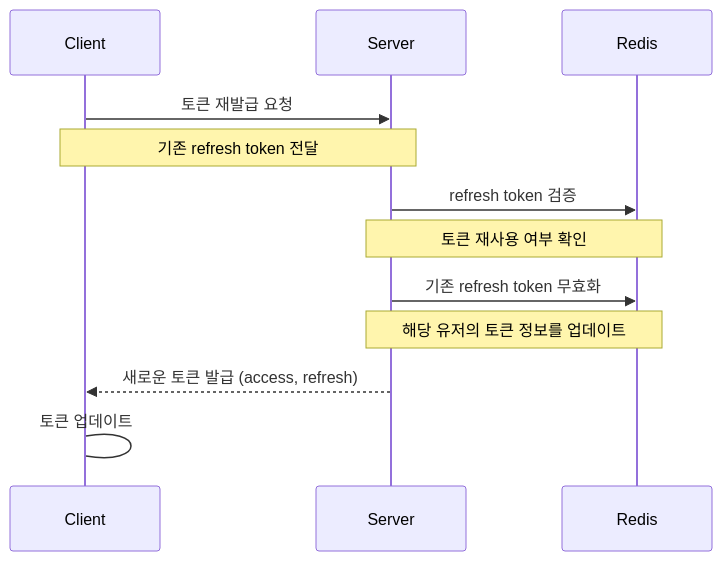
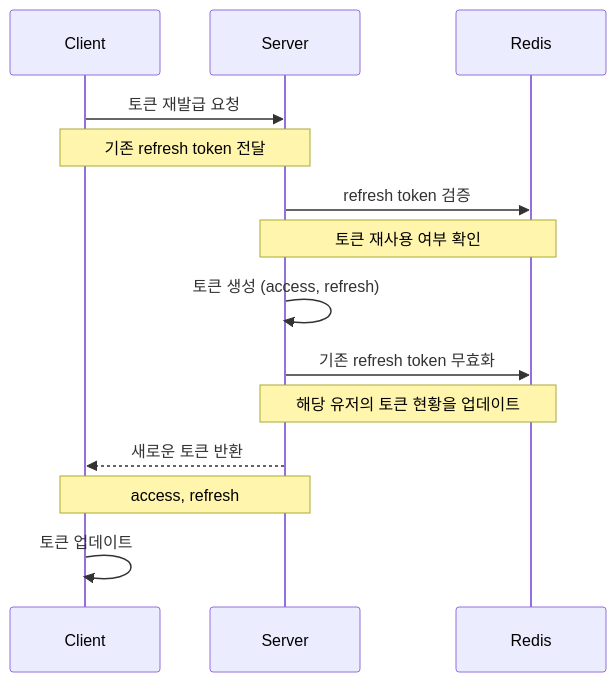
One commit to 23tae/23tae.github.io changed the diagram in _posts/project/sidaeting5/2024-12-20-sidaeting5-refresh-token-rotation.md. Above: the diagram before and after it, drawn with Mermaid. The commit also changed 3 other files, not shown here.

Commit message:
update flow chart

````diff
--- a/_posts/project/sidaeting5/2024-12-20-sidaeting5-refresh-token-rotation.md
+++ b/_posts/project/sidaeting5/2024-12-20-sidaeting5-refresh-token-rotation.md
@@ -31,19 +31,22 @@
 ```mermaid
 sequenceDiagram
     participant Client
     participant Server
     participant Redis
 
     Client->>Server: 토큰 재발급 요청
     Note over Client,Server: 기존 refresh token 전달
 
     Server->>Redis: refresh token 검증
     Note over Server, Redis: 토큰 재사용 여부 확인
 
+    Server->>Server: 토큰 생성 (access, refresh)
+
     Server->>Redis: 기존 refresh token 무효화
-    Note over Server, Redis: 해당 유저의 토큰 정보를 업데이트
+    Note over Server, Redis: 해당 유저의 토큰 현황을 업데이트
 
-    Server-->>Client: 새로운 토큰 발급 (access, refresh)
+    Server-->>Client: 새로운 토큰 반환
+    Note over Server, Client: access, refresh
 
-    Client->Client: 토큰 업데이트
+    Client->>Client: 토큰 업데이트
 ```
````
